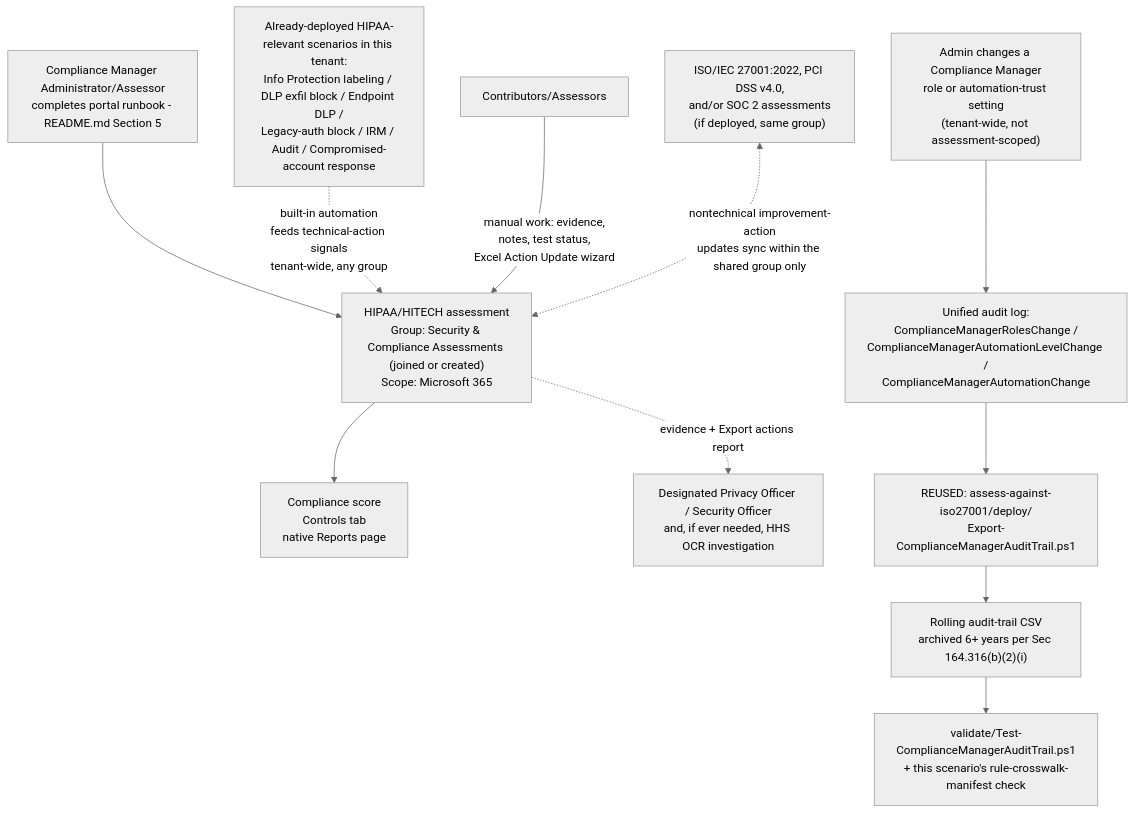
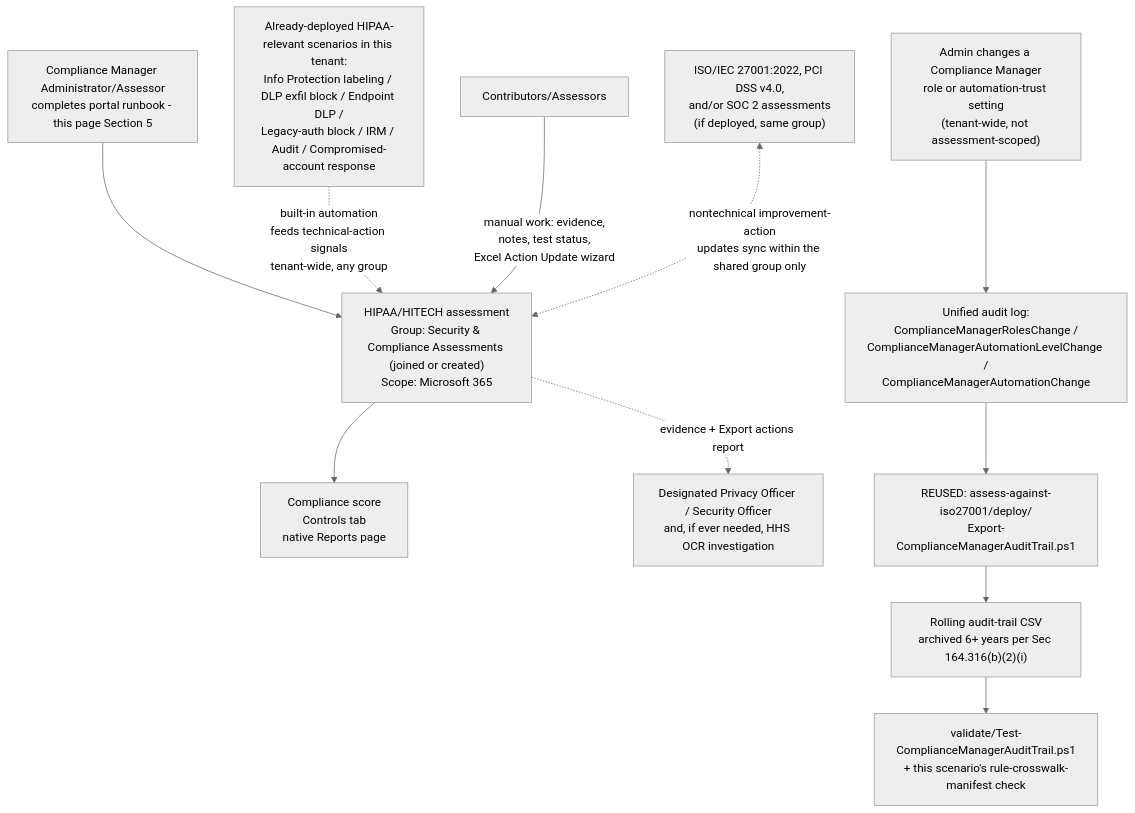
Before and after one commit to kpsec1/kpsec1.github.io: the diagram in src/content/scenarios/compliance-manager/hipaa-hitech-assessment.design.md, drawn with Mermaid (neutral theme). The commit also changed other lines of this file and 269 other files, not shown here.

````diff
--- a/src/content/scenarios/compliance-manager/hipaa-hitech-assessment.design.md
+++ b/src/content/scenarios/compliance-manager/hipaa-hitech-assessment.design.md
@@ -224,13 +224,13 @@
 ```mermaid
 flowchart TD
-    A[Compliance Manager Administrator/Assessor<br/>completes portal runbook - README.md Section 5] --> B["HIPAA/HITECH assessment<br/>Group: Security & Compliance Assessments (joined or created)<br/>Scope: Microsoft 365"]
+    A[Compliance Manager Administrator/Assessor<br/>completes portal runbook - this page Section 5] --> B["HIPAA/HITECH assessment<br/>Group: Security & Compliance Assessments (joined or created)<br/>Scope: Microsoft 365"]
     C["Already-deployed HIPAA-relevant scenarios in this tenant:<br/>Info Protection labeling / DLP exfil block / Endpoint DLP /<br/>Legacy-auth block / IRM / Audit / Compromised-account response"] -.built-in automation<br/>feeds technical-action signals<br/>tenant-wide, any group.-> B
     D[Contributors/Assessors] -->|manual work: evidence,<br/>notes, test status,<br/>Excel Action Update wizard| B
     E["ISO/IEC 27001:2022, PCI DSS v4.0,<br/>and/or SOC 2 assessments<br/>(if deployed, same group)"] <-.nontechnical improvement-action<br/>updates sync within the shared group only.-> B
     B --> F[Compliance score<br/>Controls tab<br/>native Reports page]
     G["Admin changes a Compliance Manager<br/>role or automation-trust setting<br/>(tenant-wide, not assessment-scoped)"] --> H["Unified audit log:<br/>ComplianceManagerRolesChange /<br/>ComplianceManagerAutomationLevelChange /<br/>ComplianceManagerAutomationChange"]
     H --> I["REUSED: assess-against-iso27001/deploy/<br/>Export-ComplianceManagerAuditTrail.ps1"]
     I --> J["Rolling audit-trail CSV<br/>archived 6+ years per Sec 164.316(b)(2)(i)"]
     J --> K[validate/Test-ComplianceManagerAuditTrail.ps1<br/>+ this scenario's rule-crosswalk-manifest check]
     B -.evidence + Export actions report.-> L["Designated Privacy Officer / Security Officer<br/>and, if ever needed, HHS OCR investigation"]
 ```
````
